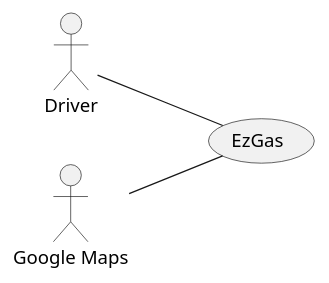
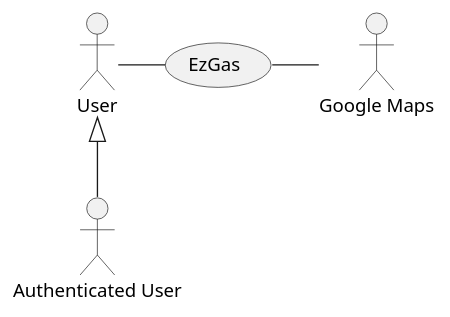
One commit to s271532/myEzgas changed the first of 5 diagrams in requirements.md. Above: the diagram before and after it, drawn with PlantUML. The commit also changed other lines of this file, not shown here.

````diff
--- a/requirements.md
+++ b/requirements.md
@@ -56,7 +56,10 @@
 ```plantuml
 left to right direction
-actor Driver as d
+actor User as d
 actor "Google Maps" as g
-d -- (EzGas)
-g -- (EzGas)
+actor "Authenticated User" as a
+d - (EzGas)
+(EzGas) - g
+top to bottom direction
+d <|-- a
 ```
````
